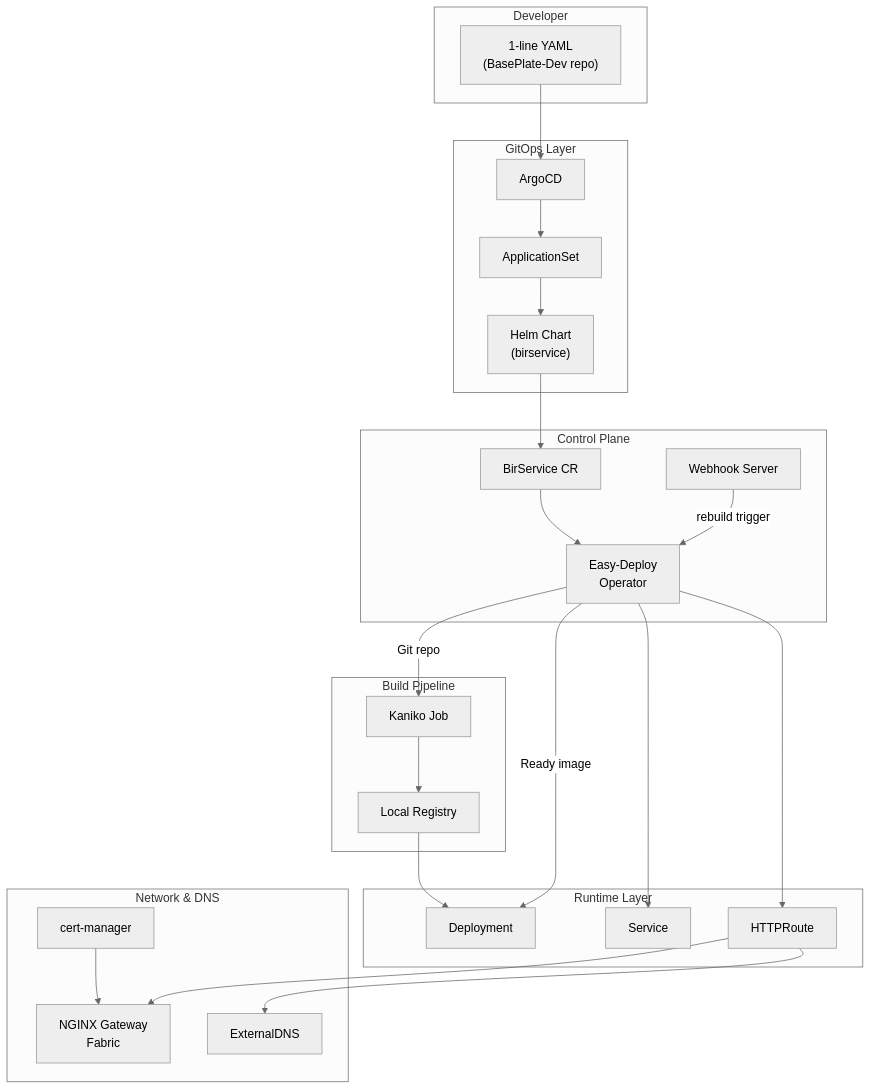
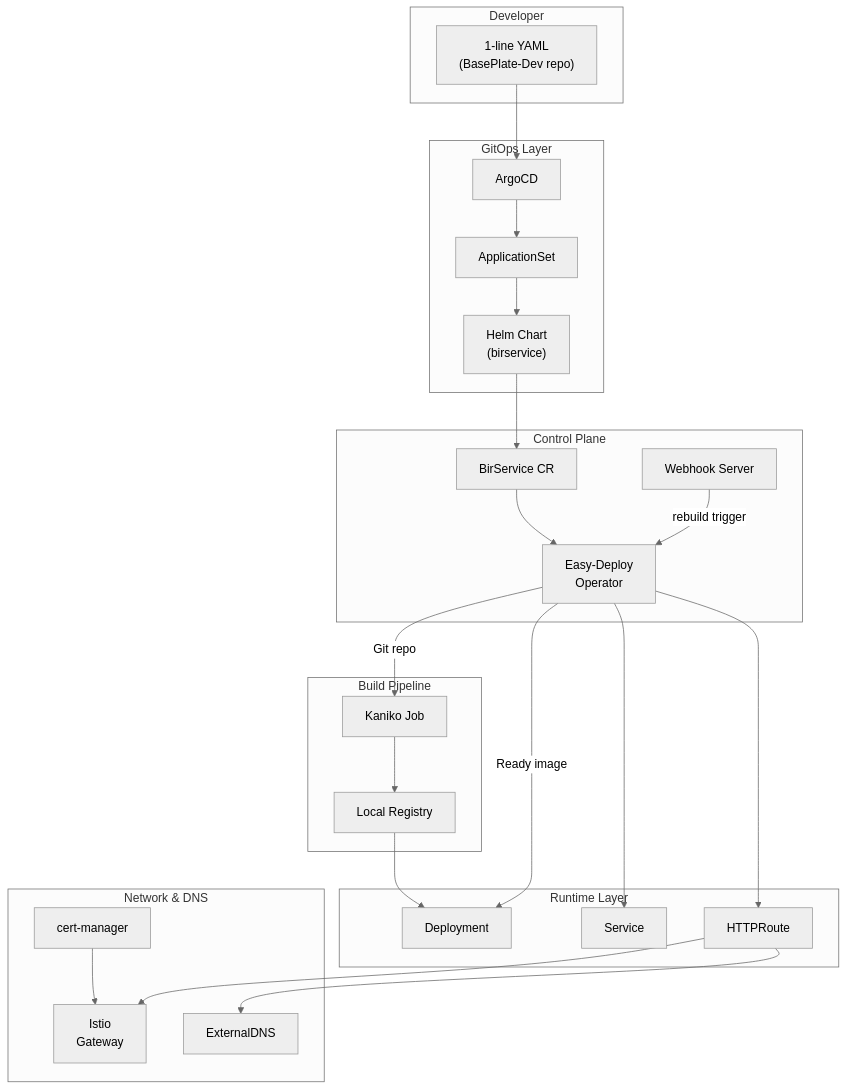
One commit to Murad-Suleymanov/BasePlate changed the first of 2 diagrams in docs/architecture/index.md. Above: the diagram before and after it, drawn with Mermaid (neutral theme). The commit also changed other lines of this file and 17 other files, not shown here.

Commit message:
change ngf to istio gateway

````diff
--- a/docs/architecture/index.md
+++ b/docs/architecture/index.md
@@ -7,55 +7,55 @@
 ```mermaid
 graph TB
     subgraph Developer
         YAML["1-line YAML<br/>(BasePlate-Dev repo)"]
     end
 
     subgraph GitOps["GitOps Layer"]
         ArgoCD["ArgoCD"]
         AppSet["ApplicationSet"]
         Helm["Helm Chart<br/>(birservice)"]
     end
 
     subgraph Control["Control Plane"]
         CRD["BirService CR"]
         Operator["Easy-Deploy<br/>Operator"]
         Webhook["Webhook Server"]
     end
 
     subgraph Build["Build Pipeline"]
         Kaniko["Kaniko Job"]
         Registry["Local Registry"]
     end
 
     subgraph Runtime["Runtime Layer"]
         Deploy["Deployment"]
         Svc["Service"]
         Route["HTTPRoute"]
     end
 
     subgraph Network["Network & DNS"]
-        Gateway["NGINX Gateway<br/>Fabric"]
+        Gateway["Istio<br/>Gateway"]
         ExtDNS["ExternalDNS"]
         CertMgr["cert-manager"]
     end
 
     YAML --> ArgoCD
     ArgoCD --> AppSet
     AppSet --> Helm
     Helm --> CRD
     CRD --> Operator
 
     Operator -->|"Git repo"| Kaniko
     Kaniko --> Registry
     Registry --> Deploy
 
     Operator -->|"Ready image"| Deploy
     Operator --> Svc
     Operator --> Route
 
     Route --> Gateway
     Route --> ExtDNS
     CertMgr --> Gateway
 
     Webhook -->|"rebuild trigger"| Operator
 ```
````
